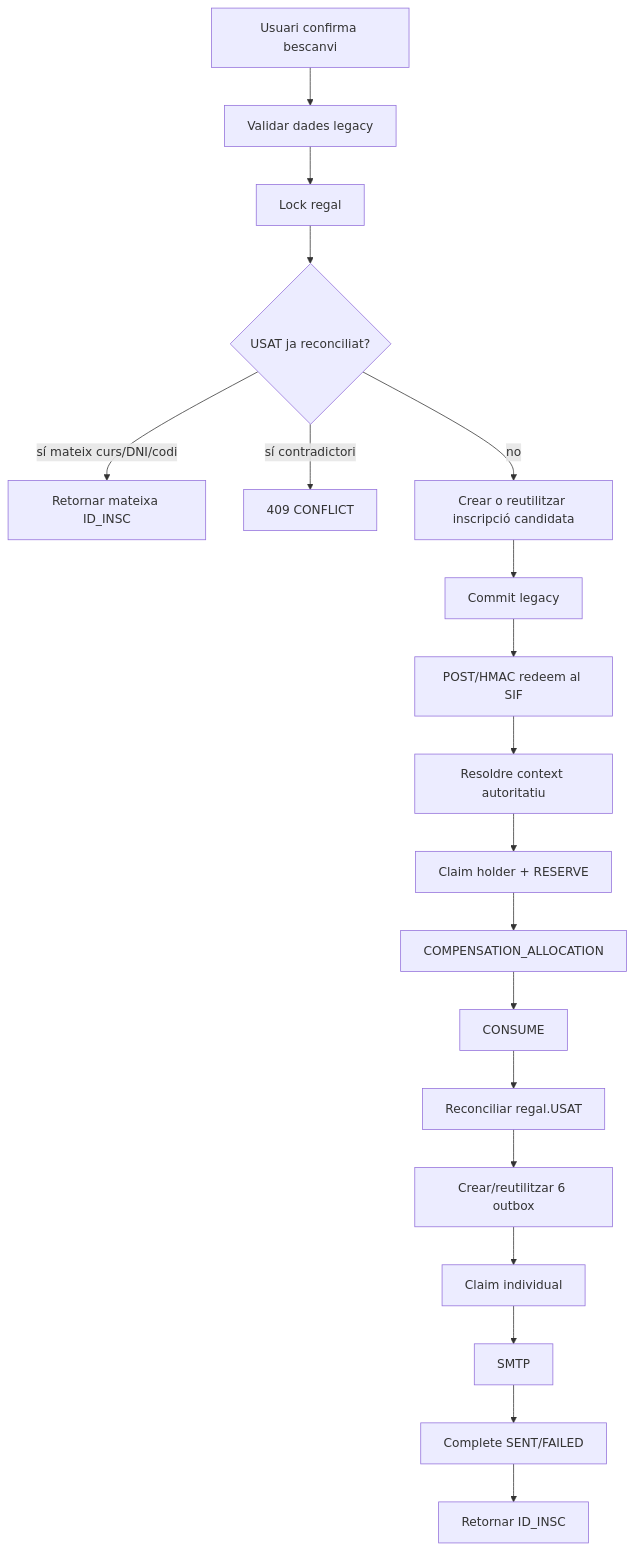
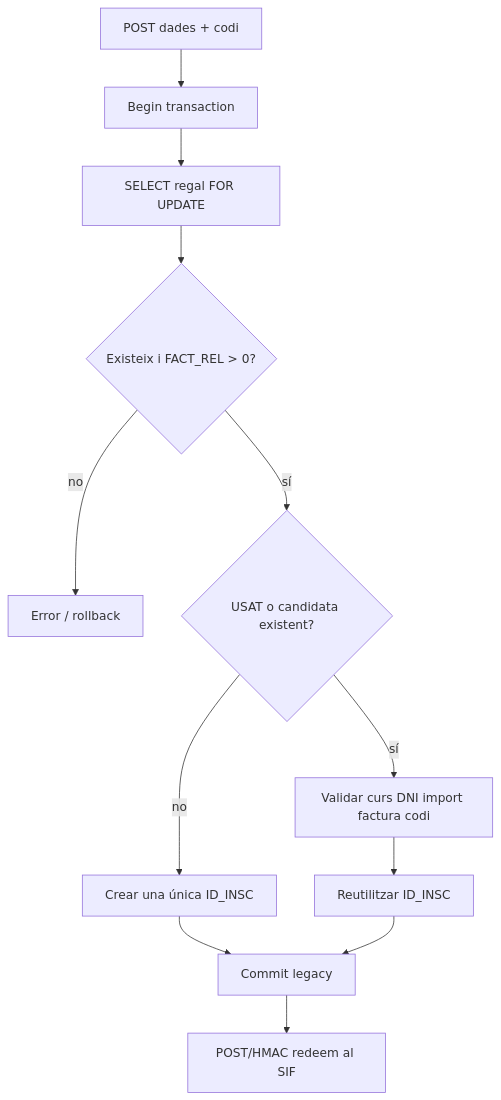
One commit to orgmeriemprismacat-del/verifactu changed the fourth of 8 diagrams in documentacio/07-uml-integrat/uc-018-activitats-pagines-bescanvi-regal-actual-final.md. Above: the diagram before and after it, drawn with Mermaid. The commit also changed other lines of this file, not shown here.

Commit message:
docs(UC-018): reconciliar UML ACTUAL FINAL amb revalidacio 03-10

````diff
--- a/documentacio/07-uml-integrat/uc-018-activitats-pagines-bescanvi-regal-actual-final.md
+++ b/documentacio/07-uml-integrat/uc-018-activitats-pagines-bescanvi-regal-actual-final.md
@@ -17,21 +62,14 @@
 ```mermaid
 flowchart TD
-A[Usuari confirma bescanvi] --> B[Validar dades legacy]
-B --> C[Lock regal]
-C --> D{USAT ja reconciliat?}
-D -- sí mateix curs/DNI/codi --> E[Retornar mateixa ID_INSC]
-D -- sí contradictori --> X[409 CONFLICT]
-D -- no --> F[Crear o reutilitzar inscripció candidata]
-F --> G[Commit legacy]
-G --> H[POST/HMAC redeem al SIF]
-H --> I[Resoldre context autoritatiu]
-I --> J[Claim holder + RESERVE]
-J --> K[COMPENSATION_ALLOCATION]
-K --> L[CONSUME]
-L --> M[Reconciliar regal.USAT]
-M --> N[Crear/reutilitzar 6 outbox]
-N --> O[Claim individual]
-O --> P[SMTP]
-P --> Q[Complete SENT/FAILED]
-Q --> R[Retornar ID_INSC]
+A[POST dades + codi] --> B[Begin transaction]
+B --> C[SELECT regal FOR UPDATE]
+C --> D{Existeix i FACT_REL > 0?}
+D -- no --> X[Error / rollback]
+D -- sí --> E{USAT o candidata existent?}
+E -- sí --> F[Validar curs DNI import factura codi]
+E -- no --> G[Crear una única ID_INSC]
+F --> H[Reutilitzar ID_INSC]
+G --> I[Commit legacy]
+H --> I
+I --> J[POST/HMAC redeem al SIF]
 ```
````
